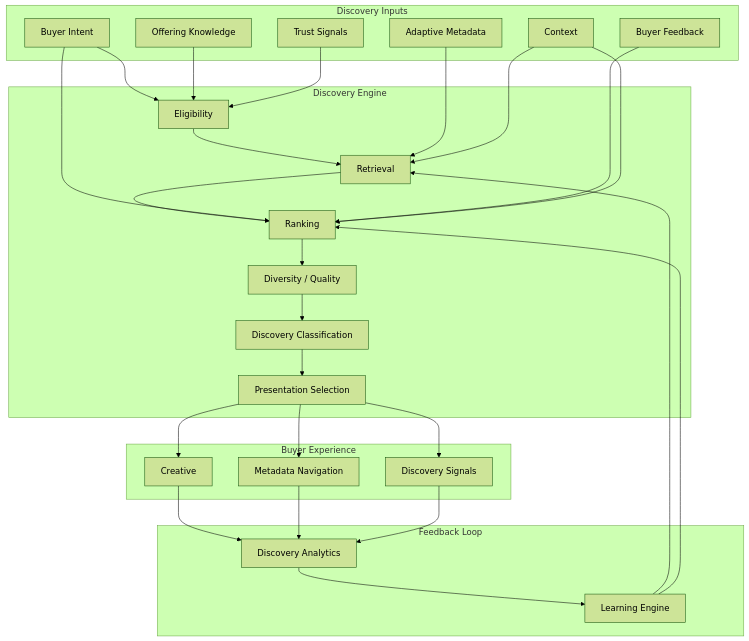
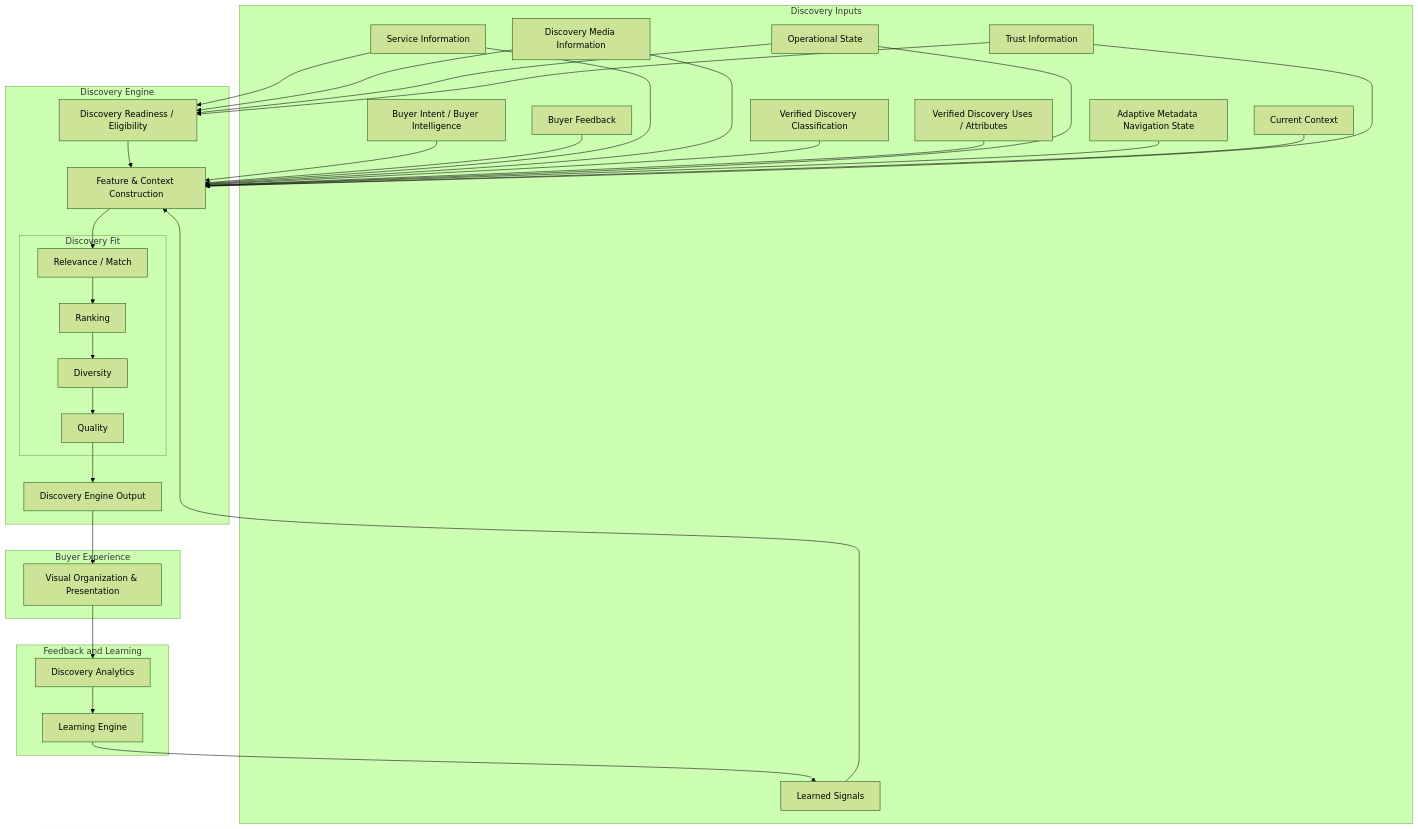
Before and after one commit to petkao/pinkcurve-blueprint: the diagram in docs/06-discovery-engine.md, drawn with Mermaid (forest theme). The commit also changed other lines of this file, not shown here.

Commit message:
Complete Chapter 6 Discovery Engine architecture review

````diff
--- a/docs/06-discovery-engine.md
+++ b/docs/06-discovery-engine.md
@@ -1476,61 +1644,71 @@
 ```mermaid
 flowchart TB
 
     subgraph Inputs["Discovery Inputs"]
-        BI[Buyer Intent]
-        AM[Adaptive Metadata]
-        OK[Offering Knowledge]
-        CT[Context]
+        BI[Buyer Intent / Buyer Intelligence]
         FB[Buyer Feedback]
-        TS[Trust Signals]
+        SI[Service Information]
+        DM[Discovery Media Information]
+        DC[Verified Discovery Classification]
+        DU[Verified Discovery Uses / Attributes]
+        OS[Operational State]
+        AM[Adaptive Metadata Navigation State]
+        CT[Current Context]
+        TS[Trust Information]
+        LS[Learned Signals]
     end
 
     subgraph Engine["Discovery Engine"]
-        EL[Eligibility]
-        RT[Retrieval]
-        RK[Ranking]
-        DV[Diversity / Quality]
-        DC[Discovery Classification]
-        PS[Presentation Selection]
+        EL[Discovery Readiness / Eligibility]
+        FC[Feature & Context Construction]
+
+        subgraph DF["Discovery Fit"]
+            RM[Relevance / Match]
+            RK[Ranking]
+            DV[Diversity]
+            QL[Quality]
+        end
+
+        DO[Discovery Engine Output]
     end
 
     subgraph Experience["Buyer Experience"]
-        CR[Creative]
-        MD[Metadata Navigation]
-        DS[Discovery Signals]
+        VP[Visual Organization & Presentation]
     end
 
-    subgraph Learning["Feedback Loop"]
+    subgraph Learning["Feedback and Learning"]
         DA[Discovery Analytics]
         LE[Learning Engine]
     end
 
-    BI --> EL
-    OK --> EL
+    SI --> EL
+    DM --> EL
+    OS --> EL
     TS --> EL
 
-    EL --> RT
-    AM --> RT
-    CT --> RT
+    EL --> FC
 
-    RT --> RK
-    BI --> RK
-    FB --> RK
-    CT --> RK
+    BI --> FC
+    FB --> FC
+    SI --> FC
+    DM --> FC
+    DC --> FC
+    DU --> FC
+    OS --> FC
+    AM --> FC
+    CT --> FC
+    TS --> FC
+    LS --> FC
 
+    FC --> RM
+    RM --> RK
     RK --> DV
-    DV --> DC
-    DC --> PS
+    DV --> QL
+    QL --> DO
 
-    PS --> CR
-    PS --> MD
-    PS --> DS
+    DO --> VP
 
-    CR --> DA
-    MD --> DA
-    DS --> DA
-
+    VP --> DA
     DA --> LE
-    LE --> RT
-    LE --> RK
+    LE --> LS
 ```
````
